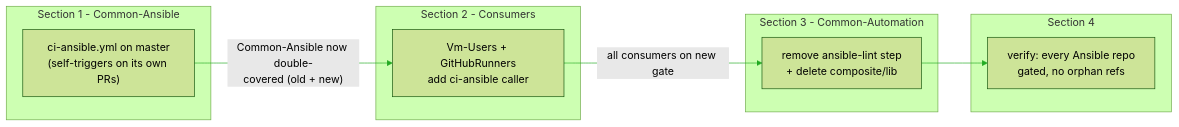
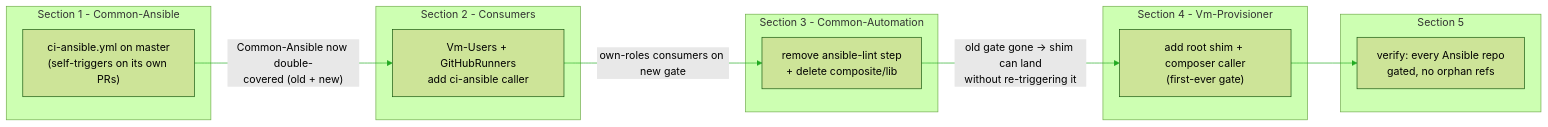
The first of 19 diagrams in docs/dev/implementation/20-ansible-lint-ci-in-common-ansible/plan.md (Klark-Morrigan/Common-Ansible), drawn with Mermaid (forest theme) before and after one commit. The commit also changed other lines of this file, not shown here.

Commit message:
docs: defer VM provisioner Ansible lint until the old implementation is removed

````diff
--- a/docs/dev/implementation/20-ansible-lint-ci-in-common-ansible/plan.md
+++ b/docs/dev/implementation/20-ansible-lint-ci-in-common-ansible/plan.md
@@ -55,19 +56,23 @@
 ```mermaid
 flowchart LR
   subgraph S1["Section 1 - Common-Ansible"]
     A["ci-ansible.yml on master<br/>(self-triggers on its own PRs)"]
   end
   subgraph S2["Section 2 - Consumers"]
     B["Vm-Users + GitHubRunners<br/>add ci-ansible caller"]
   end
   subgraph S3["Section 3 - Common-Automation"]
     C["remove ansible-lint step<br/>+ delete composite/lib"]
   end
-  subgraph S4["Section 4"]
+  subgraph S4["Section 4 - Vm-Provisioner"]
+    VP["add root shim + composer caller<br/>(first-ever gate)"]
+  end
+  subgraph S5["Section 5"]
     D["verify: every Ansible repo<br/>gated, no orphan refs"]
   end
   A -->|"Common-Ansible now double-<br/>covered (old + new)"| B
-  B -->|"all consumers on new gate"| C
-  C --> D
-  linkStyle 0,1,2 stroke:#2a2
+  B -->|"own-roles consumers on new gate"| C
+  C -->|"old gate gone -> shim can land<br/>without re-triggering it"| VP
+  VP --> D
+  linkStyle 0,1,2,3 stroke:#2a2
 ```
````
